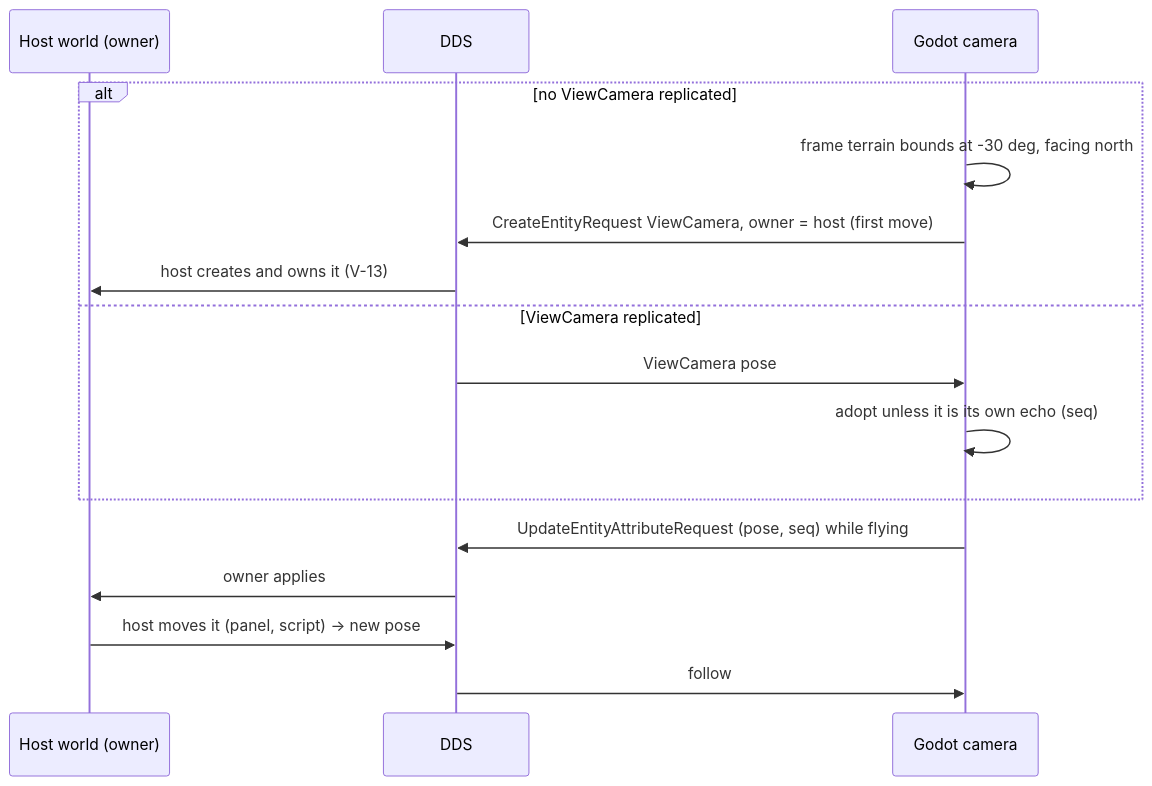
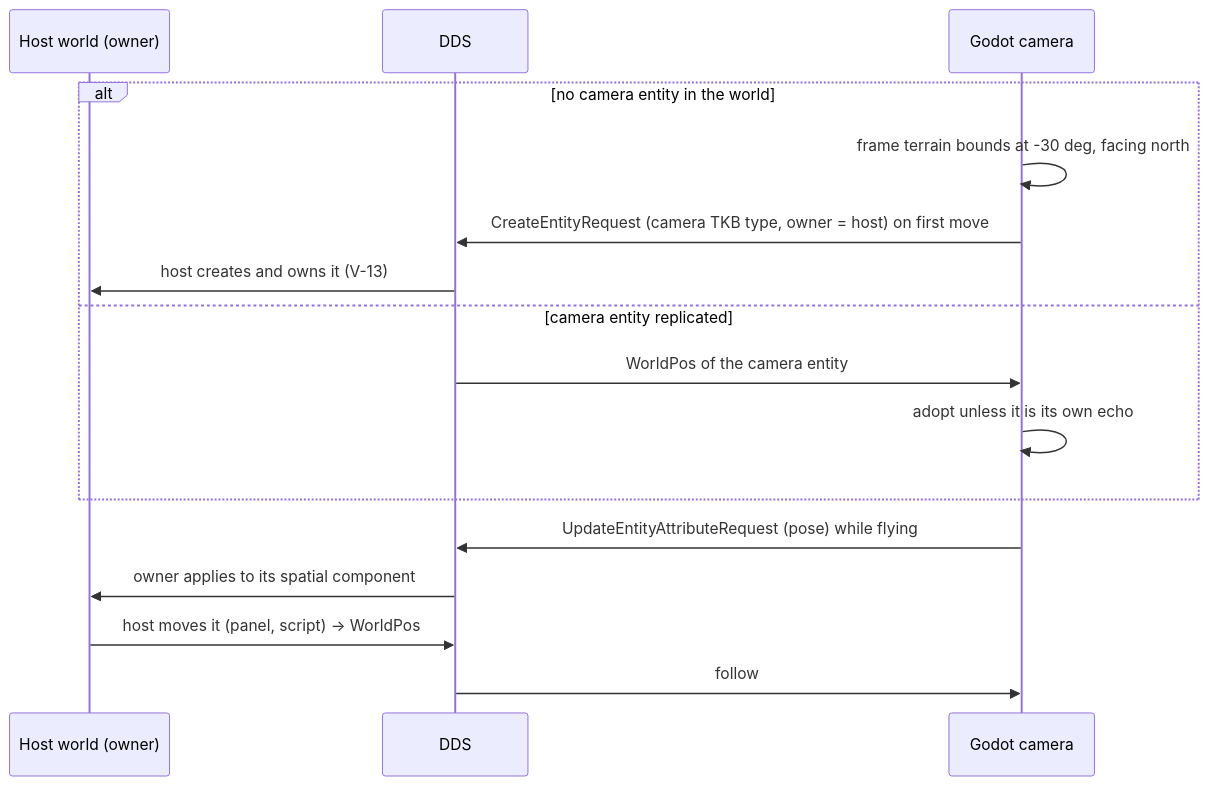
The fourth of 4 diagrams in docs/DESIGN_Godot_3D_Viewer.md (pjanec/HROT), drawn with Mermaid before and after one commit. The commit also changed other lines of this file and 1 other file, not shown here.

````diff
--- a/docs/DESIGN_Godot_3D_Viewer.md
+++ b/docs/DESIGN_Godot_3D_Viewer.md
@@ -258,18 +270,18 @@
 ```mermaid
 sequenceDiagram
   participant H as Host world (owner)
   participant D as DDS
   participant G as Godot camera
-  alt no ViewCamera replicated
+  alt no camera entity in the world
     G->>G: frame terrain bounds at -30 deg, facing north
-    G->>D: CreateEntityRequest ViewCamera, owner = host (first move)
+    G->>D: CreateEntityRequest (camera TKB type, owner = host) on first move
     D->>H: host creates and owns it (V-13)
-  else ViewCamera replicated
-    D->>G: ViewCamera pose
-    G->>G: adopt unless it is its own echo (seq)
+  else camera entity replicated
+    D->>G: WorldPos of the camera entity
+    G->>G: adopt unless it is its own echo
   end
-  G->>D: UpdateEntityAttributeRequest (pose, seq) while flying
-  D->>H: owner applies
-  H->>D: host moves it (panel, script) -> new pose
+  G->>D: UpdateEntityAttributeRequest (pose) while flying
+  D->>H: owner applies to its spatial component
+  H->>D: host moves it (panel, script) -> WorldPos
   D->>G: follow
 ```
````
